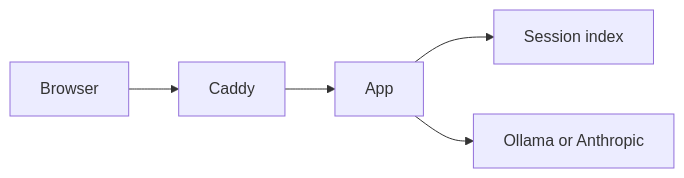
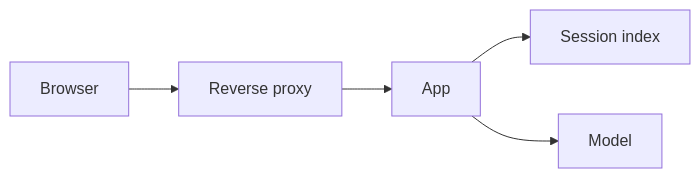
The first of 2 diagrams in docs/product/architecture.md (RoxanaTapia/ai-doc-to-chat-pipeline), drawn with Mermaid before and after one commit. The commit also changed other lines of this file and 9 other files, not shown here.

````diff
--- a/docs/product/architecture.md
+++ b/docs/product/architecture.md
@@ -13,7 +13,7 @@
 ```mermaid
 flowchart LR
-  Browser --> Caddy
-  Caddy --> App
+  Browser --> Proxy[Reverse proxy]
+  Proxy --> App
   App --> Index[Session index]
-  App --> LLM[Ollama or Anthropic]
+  App --> Model
 ```
````
